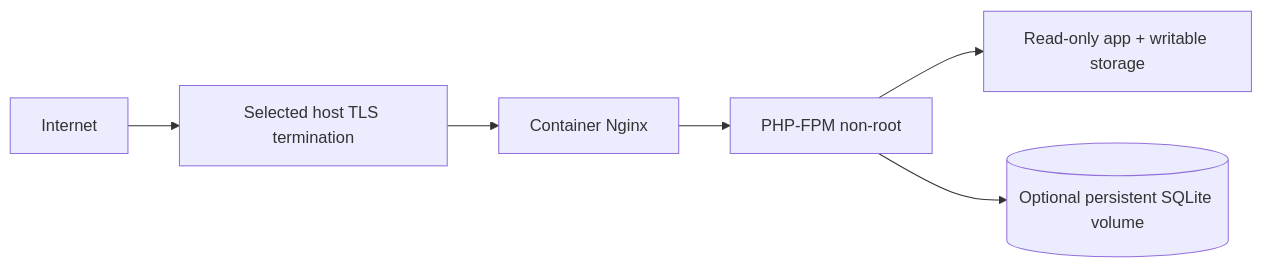
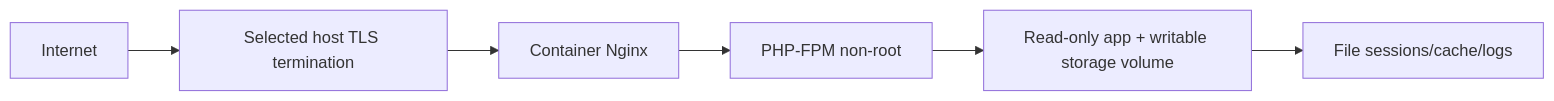
The second of 2 diagrams in docs/architecture/diagrams.md (jacksonsr451/portifolio-jacksonsr451), drawn with Mermaid before and after one commit. The commit also changed other lines of this file and 32 other files, not shown here.

````diff
--- a/docs/architecture/diagrams.md
+++ b/docs/architecture/diagrams.md
@@ -22,8 +22,8 @@
 ```mermaid
 flowchart LR
   Internet --> TLS[Selected host TLS termination]
   TLS --> Nginx[Container Nginx]
   Nginx --> PHP[PHP-FPM non-root]
-  PHP --> Files[Read-only app + writable storage]
-  PHP --> DB[(Optional persistent SQLite volume)]
+  PHP --> Files[Read-only app + writable storage volume]
+  Files --> State[File sessions/cache/logs]
 ```
````
